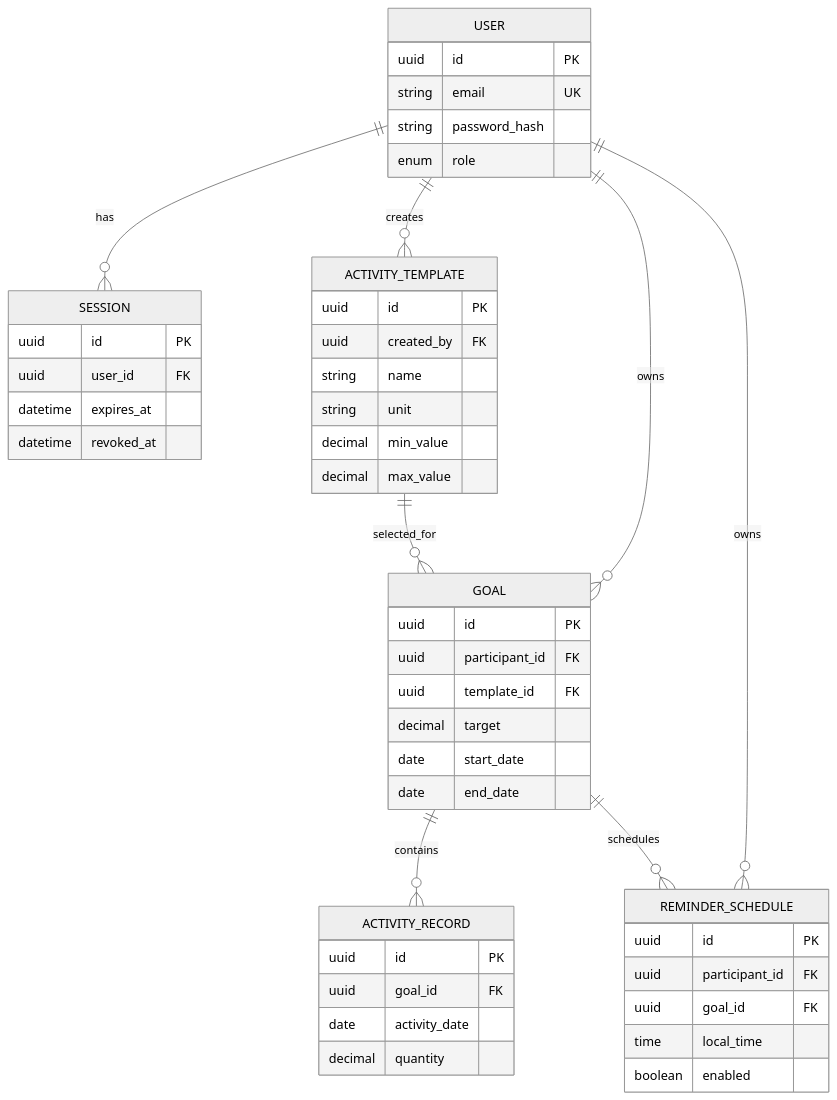
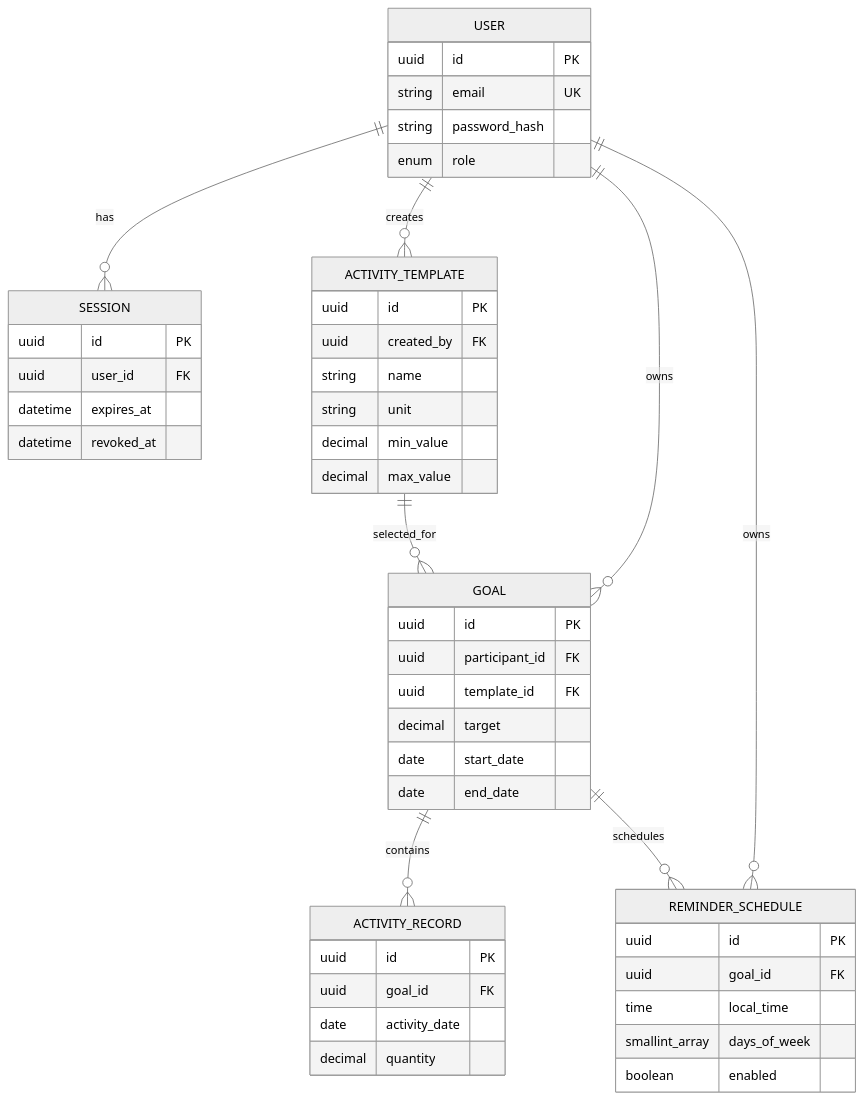
One commit to habit-activity-tracker/habit-activity-tracker changed the diagram in docs/system-sds.md. Above: the diagram before and after it, drawn with Mermaid (neutral theme). The commit also changed other lines of this file, not shown here.

````diff
--- a/docs/system-sds.md
+++ b/docs/system-sds.md
@@ -22,52 +23,52 @@
 ```mermaid
 erDiagram
     USER ||--o{ SESSION : has
     USER ||--o{ ACTIVITY_TEMPLATE : creates
     USER ||--o{ GOAL : owns
     ACTIVITY_TEMPLATE ||--o{ GOAL : selected_for
     GOAL ||--o{ ACTIVITY_RECORD : contains
     USER ||--o{ REMINDER_SCHEDULE : owns
     GOAL ||--o{ REMINDER_SCHEDULE : schedules
 
     USER {
       uuid id PK
       string email UK
       string password_hash
       enum role
     }
     SESSION {
       uuid id PK
       uuid user_id FK
       datetime expires_at
       datetime revoked_at
     }
     ACTIVITY_TEMPLATE {
       uuid id PK
       uuid created_by FK
       string name
       string unit
       decimal min_value
       decimal max_value
     }
     GOAL {
       uuid id PK
       uuid participant_id FK
       uuid template_id FK
       decimal target
       date start_date
       date end_date
     }
     ACTIVITY_RECORD {
       uuid id PK
       uuid goal_id FK
       date activity_date
       decimal quantity
     }
     REMINDER_SCHEDULE {
       uuid id PK
-      uuid participant_id FK
       uuid goal_id FK
       time local_time
+      smallint_array days_of_week
       boolean enabled
     }
 ```
````
